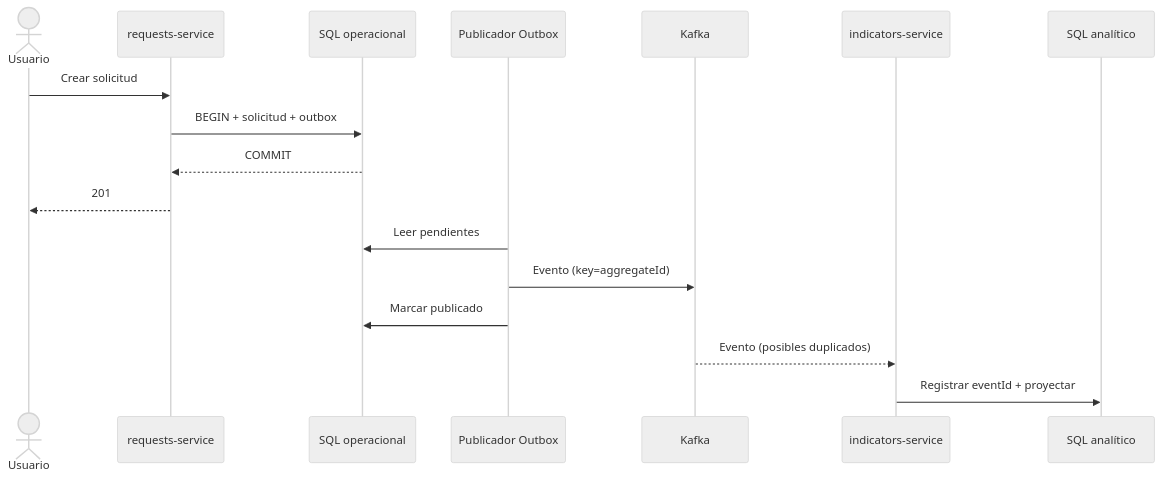
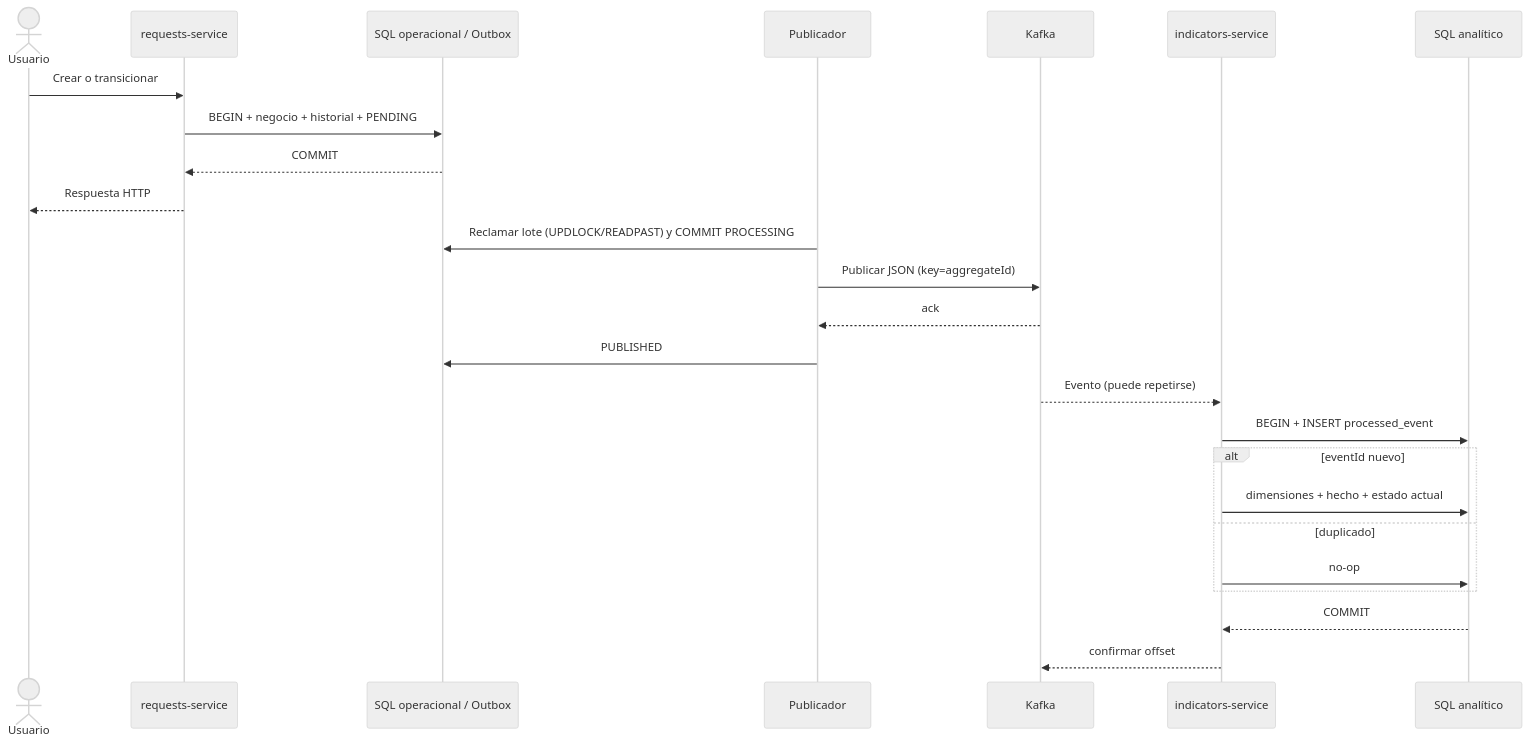
One commit to cristhian1820/operational-requests-platform changed the diagram in docs/architecture/main-flow-sequence.md. Above: the diagram before and after it, drawn with Mermaid (neutral theme). The commit also changed 39 other files, not shown here.

Commit message:
feat: implement event-driven indicators flow

````diff
--- a/docs/architecture/main-flow-sequence.md
+++ b/docs/architecture/main-flow-sequence.md
@@ -3,19 +3,27 @@
 ```mermaid
 sequenceDiagram
  actor U as Usuario
  participant R as requests-service
- participant DB as SQL operacional
- participant P as Publicador Outbox
+ participant O as SQL operacional / Outbox
+ participant P as Publicador
  participant K as Kafka
  participant I as indicators-service
  participant A as SQL analítico
- U->>R: Crear solicitud
- R->>DB: BEGIN + solicitud + outbox
- DB-->>R: COMMIT
- R-->>U: 201
- P->>DB: Leer pendientes
- P->>K: Evento (key=aggregateId)
- P->>DB: Marcar publicado
- K-->>I: Evento (posibles duplicados)
- I->>A: Registrar eventId + proyectar
+ U->>R: Crear o transicionar
+ R->>O: BEGIN + negocio + historial + PENDING
+ O-->>R: COMMIT
+ R-->>U: Respuesta HTTP
+ P->>O: Reclamar lote (UPDLOCK/READPAST) y COMMIT PROCESSING
+ P->>K: Publicar JSON (key=aggregateId)
+ K-->>P: ack
+ P->>O: PUBLISHED
+ K-->>I: Evento (puede repetirse)
+ I->>A: BEGIN + INSERT processed_event
+ alt eventId nuevo
+  I->>A: dimensiones + hecho + estado actual
+ else duplicado
+  I->>A: no-op
+ end
+ A-->>I: COMMIT
+ I-->>K: confirmar offset
 ```
````
